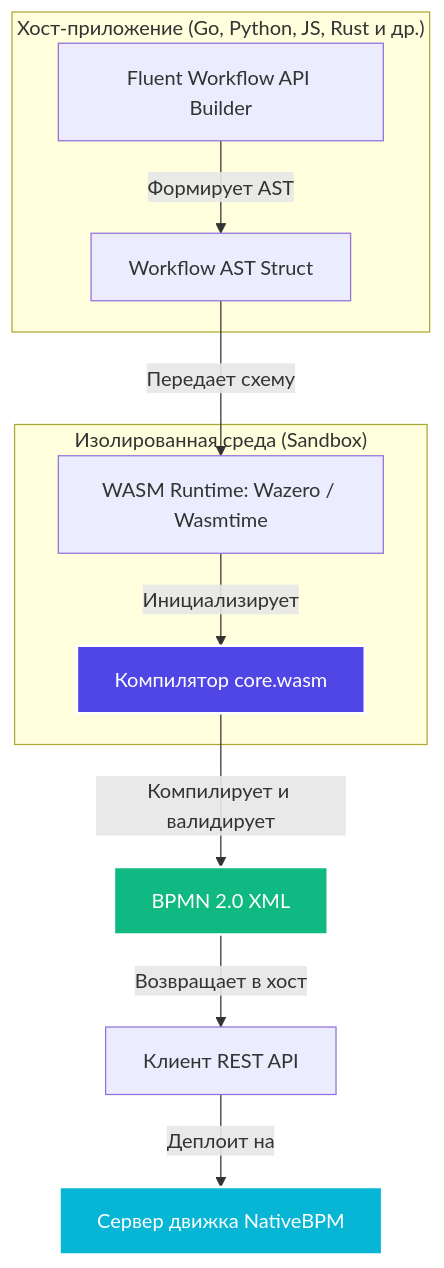
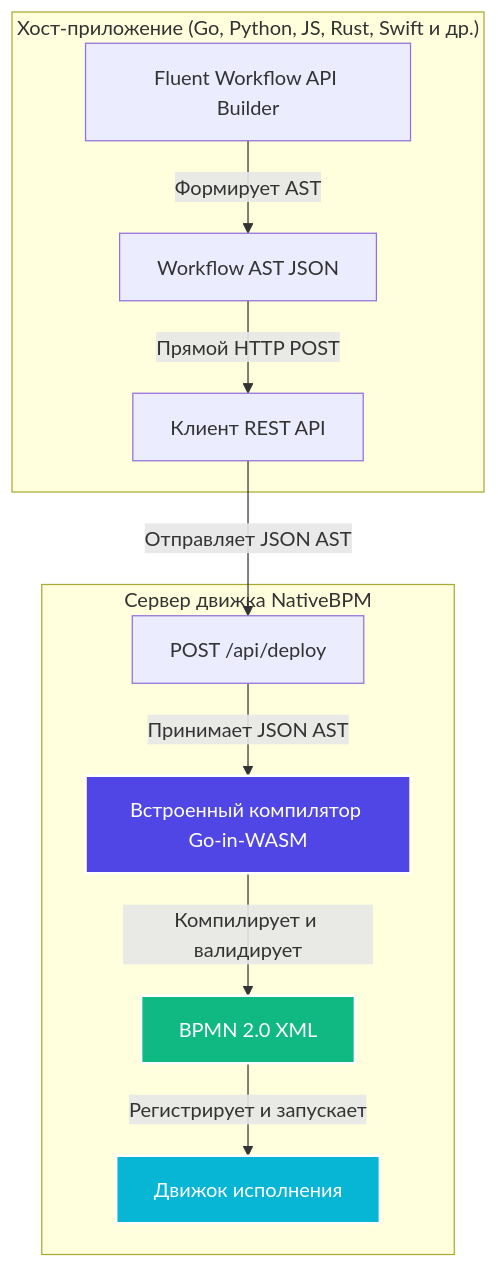
Before and after one commit to nativebpm/SDK: the diagram in README_ru.md, drawn with Mermaid. The commit also changed other lines of this file and 72 other files, not shown here.

Commit message:
feat: simplify client SDKs, remove local WASM runtime and clean up artifacts

````diff
--- a/README_ru.md
+++ b/README_ru.md
@@ -51,19 +50,19 @@
 ```mermaid
 flowchart TD
-    subgraph "Хост-приложение (Go, Python, JS, Rust и др.)"
-        API[Fluent Workflow API Builder] -->|Формирует AST| AST[Workflow AST Struct]
+    subgraph "Хост-приложение (Go, Python, JS, Rust, Swift и др.)"
+        API[Fluent Workflow API Builder] -->|Формирует AST| AST[Workflow AST JSON]
+        AST -->|Прямой HTTP POST| REST[Клиент REST API]
     end
 
-    subgraph "Изолированная среда (Sandbox)"
-        WASM_RUN[WASM Runtime: Wazero / Wasmtime] -->|Инициализирует| CORE[Компилятор core.wasm]
+    subgraph "Сервер движка NativeBPM"
+        POST_DEPLOY[POST /api/deploy] -->|Принимает JSON AST| COMPILER[Встроенный компилятор Go-in-WASM]
+        COMPILER -->|Компилирует и валидирует| BPMN[BPMN 2.0 XML]
+        BPMN -->|Регистрирует и запускает| ENGINE[Движок исполнения]
     end
 
-    AST -->|Передает схему| WASM_RUN
-    CORE -->|Компилирует и валидирует| BPMN[BPMN 2.0 XML]
-    BPMN -->|Возвращает в хост| REST[Клиент REST API]
-    REST -->|Деплоит на| ENGINE[Сервер движка NativeBPM]
+    REST -->|Отправляет JSON AST| POST_DEPLOY
 
-    style CORE fill:#4F46E5,stroke:#fff,stroke-width:2px,color:#fff
+    style COMPILER fill:#4F46E5,stroke:#fff,stroke-width:2px,color:#fff
     style BPMN fill:#10B981,stroke:#fff,stroke-width:2px,color:#fff
     style ENGINE fill:#06B6D4,stroke:#fff,stroke-width:2px,color:#fff
 ```
````
